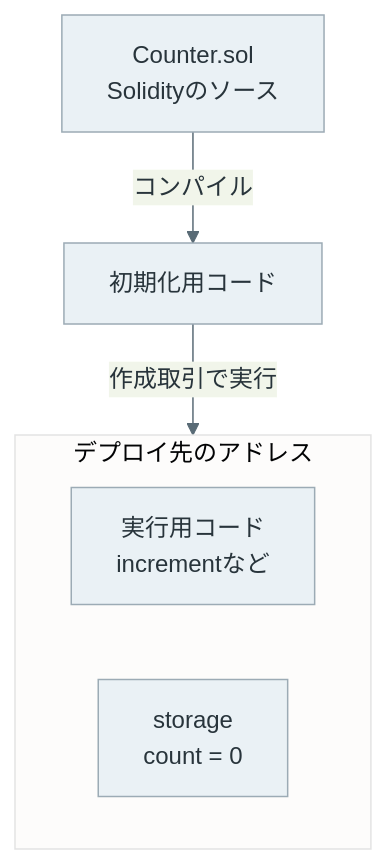
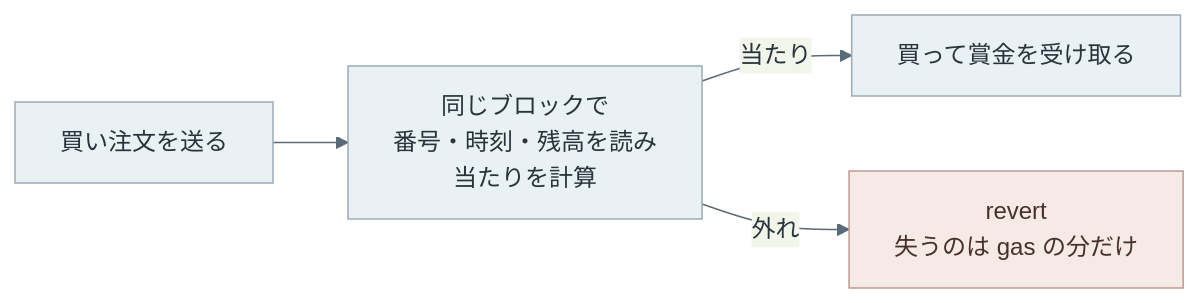
Before and after one commit to nao1215/debimate: the second of 4 diagrams in content/notes/blockchain-systems/smart-contract/index.md, drawn with Mermaid. The commit also changed other lines of this file and 24 other files, not shown here.

````diff
--- a/content/notes/blockchain-systems/smart-contract/index.md
+++ b/content/notes/blockchain-systems/smart-contract/index.md
@@ -54,10 +199,10 @@
 ```mermaid
-%%{init: {"theme":"base","themeVariables":{"primaryColor":"#eaf1f5","primaryTextColor":"#28343b","primaryBorderColor":"#9cabb5","lineColor":"#596b76","textColor":"#28343b","actorBkg":"#eaf1f5","actorBorder":"#9cabb5","actorTextColor":"#28343b","signalColor":"#596b76","signalTextColor":"#28343b","noteBkgColor":"#f7f1e5","noteTextColor":"#403c32"}}}%%
-flowchart TD
-    S["Counter.sol<br/>Solidityのソース"] -->|"コンパイル"| I["初期化用コード"]
-    I -->|"作成取引で実行"| A
-    subgraph A["デプロイ先のアドレス"]
-        C["実行用コード<br/>incrementなど"]
-        D["storage<br/>count = 0"]
-    end
+%%{init: {"theme":"base","themeVariables":{"primaryColor":"#eaf1f5","primaryTextColor":"#28343b","primaryBorderColor":"#9cabb5","lineColor":"#596b76","textColor":"#28343b"}}}%%
+flowchart LR
+    A["買い注文を送る"] --> B["同じブロックで<br/>番号・時刻・残高を読み<br/>当たりを計算"]
+    B -->|"当たり"| C["買って賞金を受け取る"]
+    B -->|"外れ"| D["revert<br/>失うのは gas の分だけ"]
+    classDef default fill:#eaf1f5,stroke:#9cabb5,color:#28343b;
+    classDef miss fill:#f6eae7,stroke:#bb9991,color:#48302b;
+    class D miss;
 ```
````
